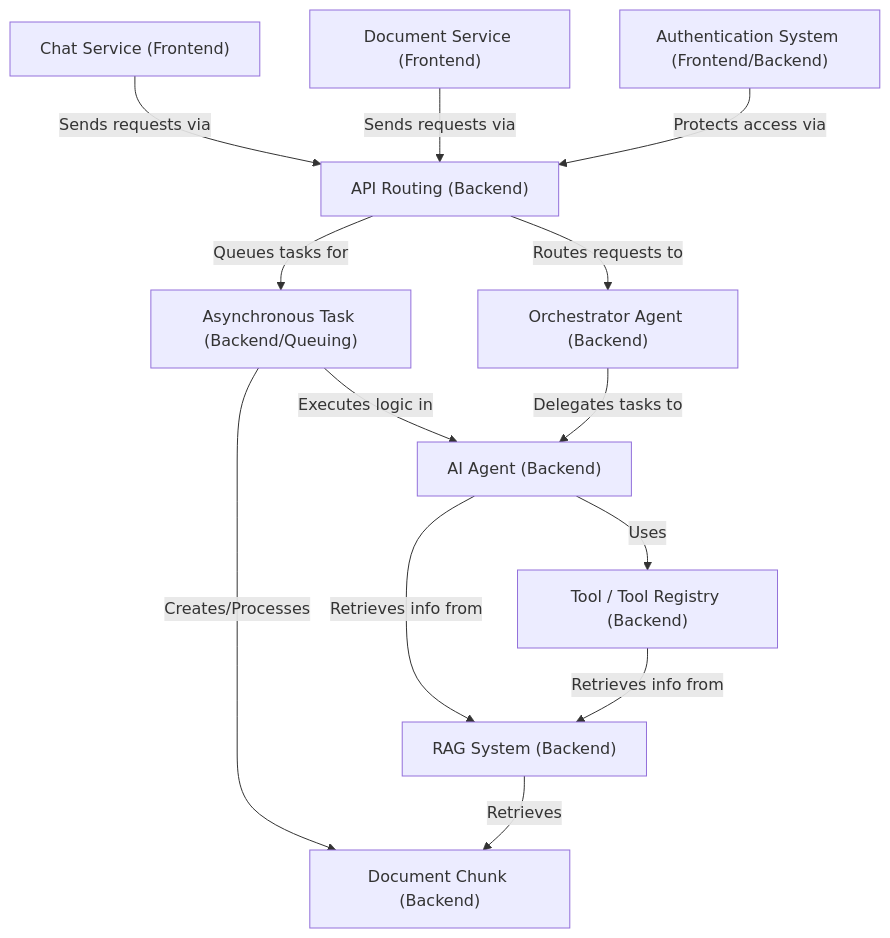
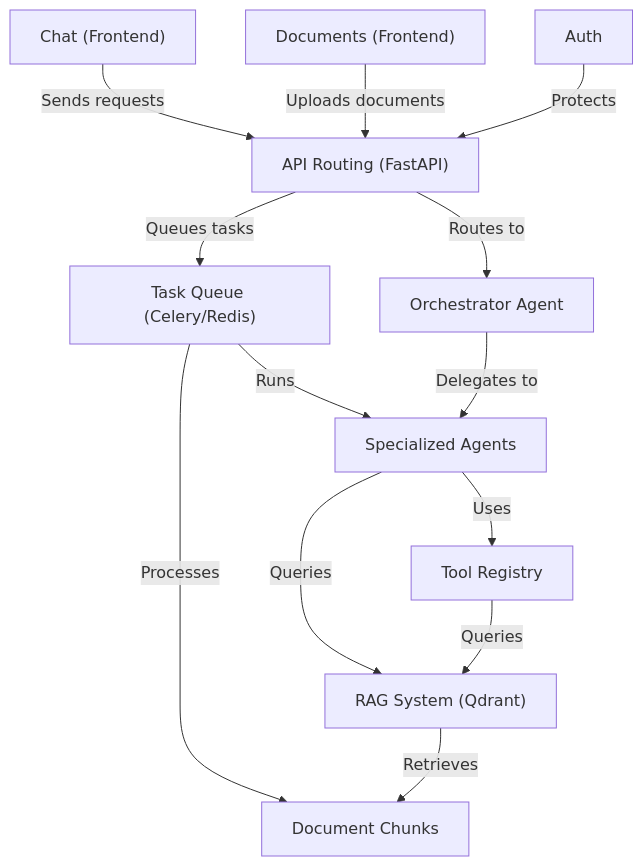
One commit to HXLLO/RegulAIte changed the diagram in README.md. Above: the diagram before and after it, drawn with Mermaid. The commit also changed other lines of this file and 1 other file, not shown here.

````diff
--- a/README.md
+++ b/README.md
@@ -13,35 +30,26 @@
 ```mermaid
 flowchart TD
-    A0["AI Agent (Backend)
-"]
-    A1["Orchestrator Agent (Backend)
-"]
-    A2["RAG System (Backend)
-"]
-    A3["Document Chunk (Backend)
-"]
-    A4["Tool / Tool Registry (Backend)
-"]
-    A5["Asynchronous Task (Backend/Queuing)
-"]
-    A6["API Routing (Backend)
-"]
-    A7["Chat Service (Frontend)
-"]
-    A8["Authentication System (Frontend/Backend)
-"]
-    A9["Document Service (Frontend)
-"]
-    A7 -- "Sends requests via" --> A6
-    A9 -- "Sends requests via" --> A6
-    A6 -- "Routes requests to" --> A1
-    A6 -- "Queues tasks for" --> A5
-    A8 -- "Protects access via" --> A6
-    A5 -- "Executes logic in" --> A0
-    A5 -- "Creates/Processes" --> A3
-    A1 -- "Delegates tasks to" --> A0
+    A7["Chat (Frontend)"]
+    A9["Documents (Frontend)"]
+    A8["Auth"]
+    A6["API Routing (FastAPI)"]
+    A5["Task Queue (Celery/Redis)"]
+    A1["Orchestrator Agent"]
+    A0["Specialized Agents"]
+    A4["Tool Registry"]
+    A2["RAG System (Qdrant)"]
+    A3["Document Chunks"]
+
+    A7 -- "Sends requests" --> A6
+    A9 -- "Uploads documents" --> A6
+    A8 -- "Protects" --> A6
+    A6 -- "Routes to" --> A1
+    A6 -- "Queues tasks" --> A5
+    A5 -- "Runs" --> A0
+    A5 -- "Processes" --> A3
+    A1 -- "Delegates to" --> A0
     A0 -- "Uses" --> A4
-    A0 -- "Retrieves info from" --> A2
-    A4 -- "Retrieves info from" --> A2
+    A0 -- "Queries" --> A2
+    A4 -- "Queries" --> A2
     A2 -- "Retrieves" --> A3
 ```
````
